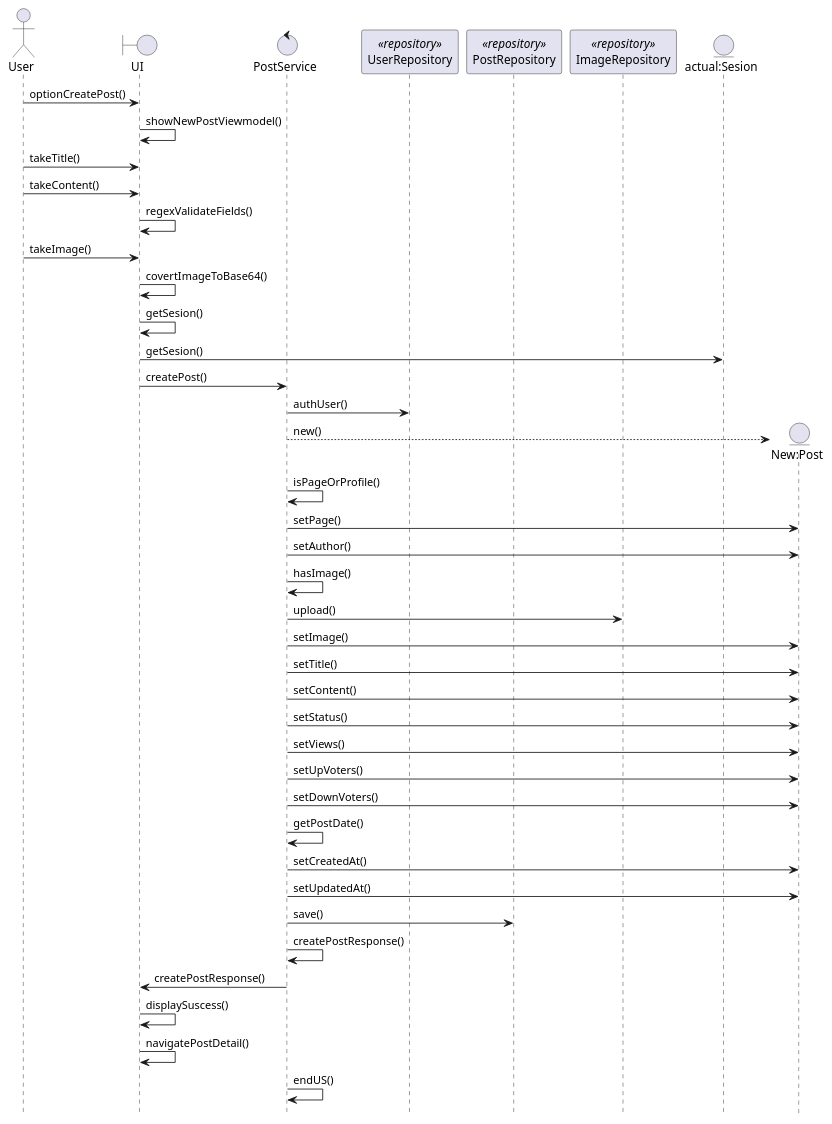
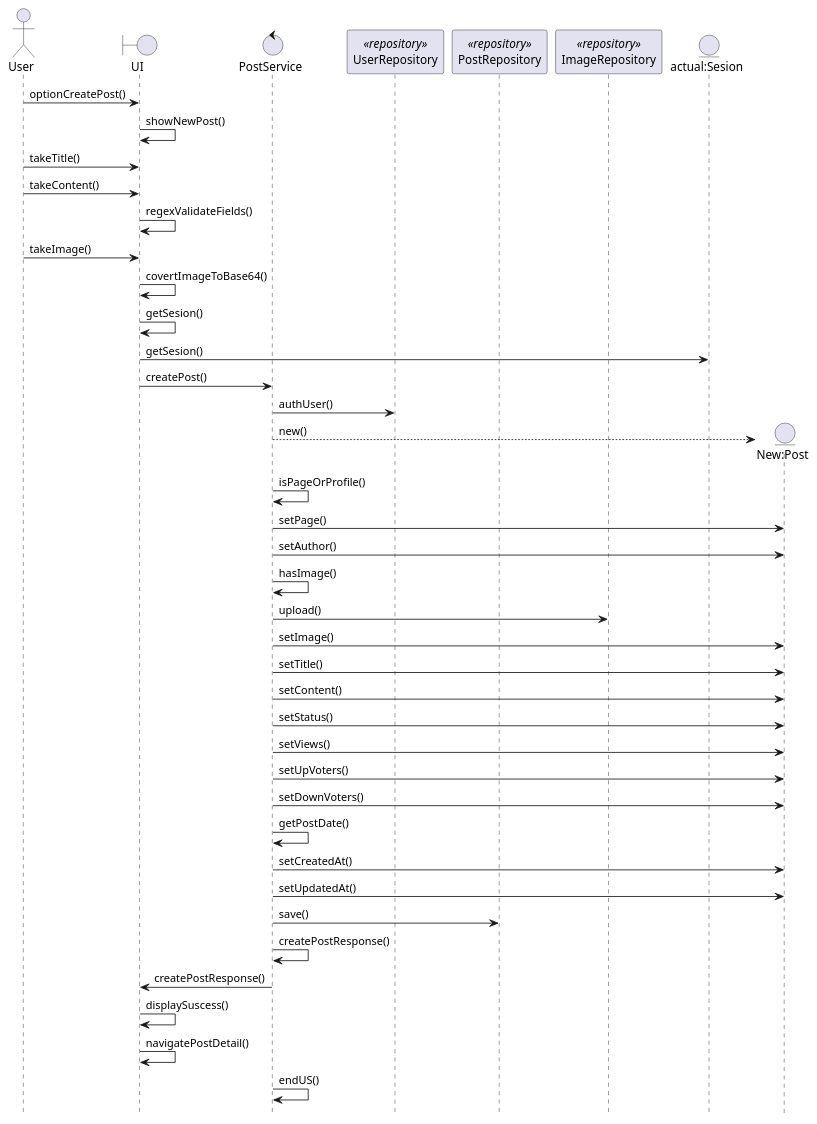
The diagram in create-post-sequence.puml (2piradrian/seminario-docs), drawn with PlantUML before and after one commit. The commit also changed 3 other files, not shown here.

Commit message:
Fix show names in sequences

```diff
--- a/create-post-sequence.puml
+++ b/create-post-sequence.puml
@@ -1,47 +1,47 @@
 @startuml
 actor User
 boundary "UI" as UI
 control "PostService" as C
 participant "UserRepository" as UR <<repository>>
 participant "PostRepository" as PTR <<repository>>
 participant "ImageRepository" as IR <<repository>>
 entity "actual:Sesion" as S
 entity "New:Post" as P
 
 User -> UI : optionCreatePost()
-UI -> UI: showNewPostViewmodel()
+UI -> UI: showNewPost()
 User -> UI: takeTitle()
 User -> UI: takeContent()
 UI -> UI: regexValidateFields()
 User -> UI: takeImage()
 UI -> UI: covertImageToBase64()
 UI -> UI: getSesion()
 UI -> S: getSesion()
 UI -> C: createPost()
 C -> UR: authUser() 
 create P
 C --> P : new()
 C -> C: isPageOrProfile()
 C -> P: setPage()
 C -> P: setAuthor()
 C -> C: hasImage()
 C -> IR: upload() 
 C -> P: setImage()
 C -> P: setTitle()
 C -> P: setContent()
 C -> P: setStatus()
 C -> P: setViews()
 C -> P: setUpVoters()
 C -> P: setDownVoters()
 C -> C : getPostDate()
 C -> P: setCreatedAt()
 C -> P: setUpdatedAt()
 C -> PTR: save()
 C -> C: createPostResponse()
 C -> UI: createPostResponse()
 UI -> UI: displaySuscess()
 UI -> UI: navigatePostDetail()
 C -> C : endUS()
 
 hide footbox
 @enduml
```
